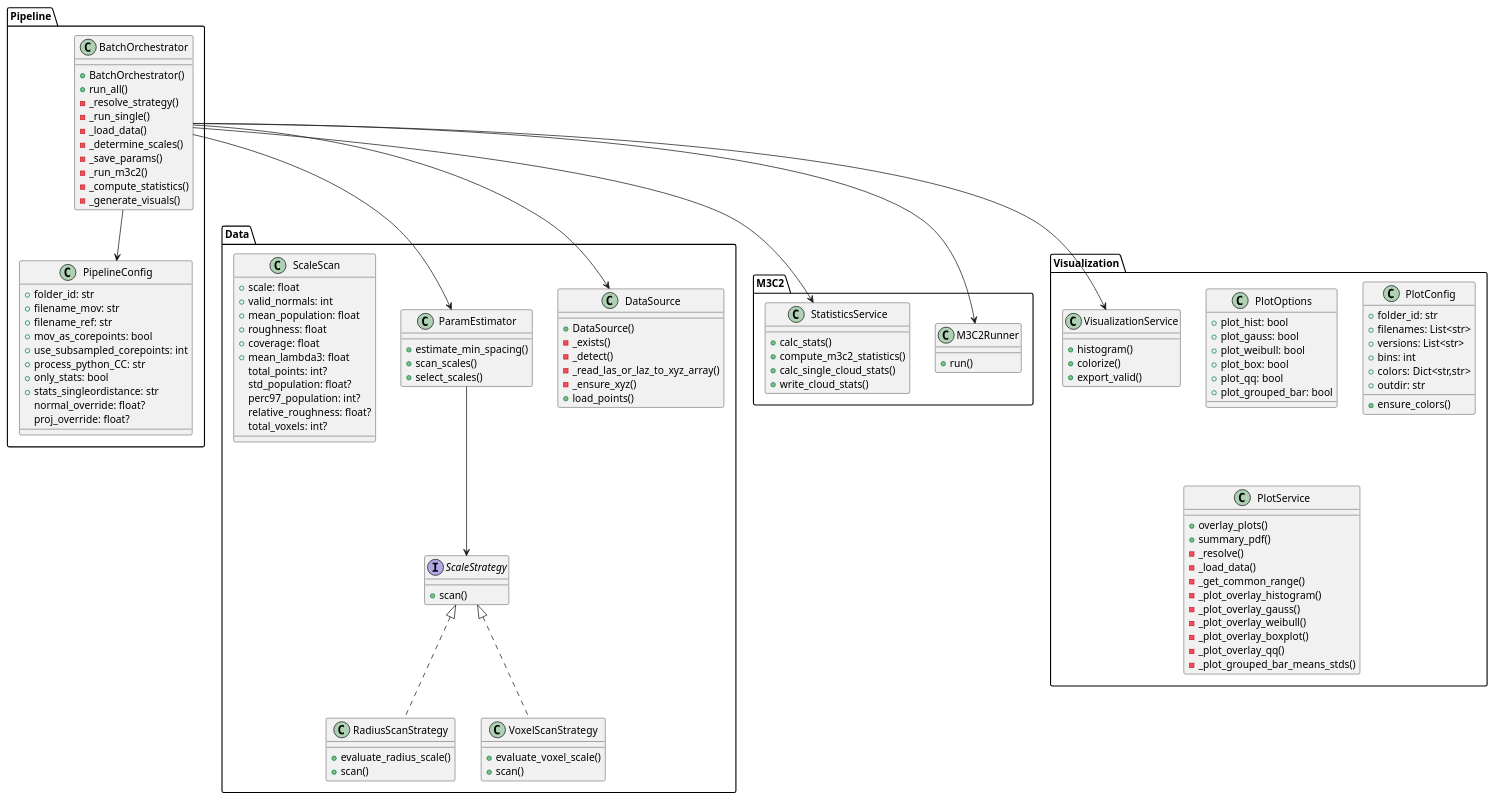
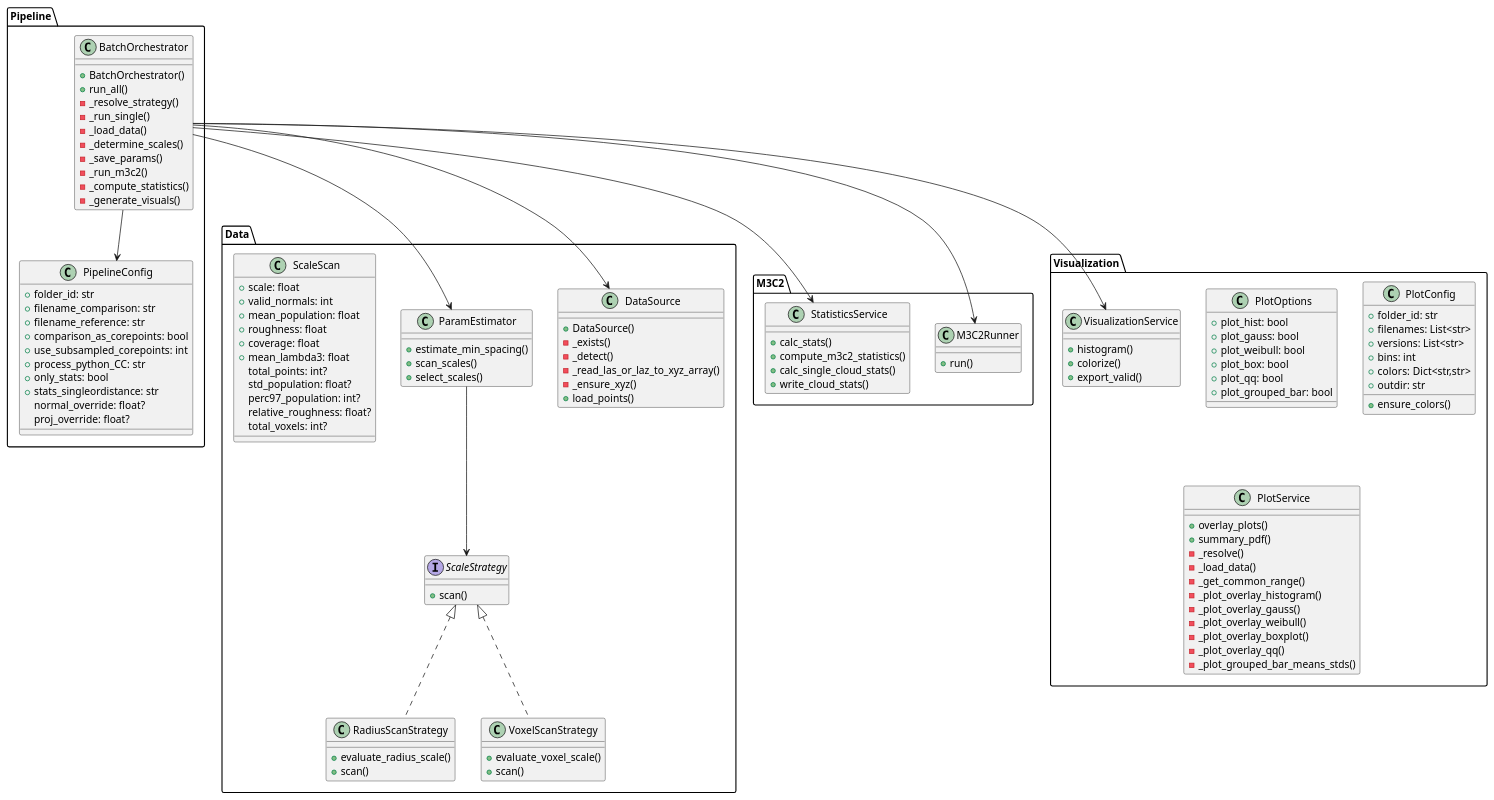
One commit to sigi-campus02/M3C2 changed the diagram in docu/uml/uml.md. Above: the diagram before and after it, drawn with PlantUML. The commit also changed 50 other files, not shown here.

```diff
--- a/docu/uml/uml.md
+++ b/docu/uml/uml.md
@@ -5,9 +5,9 @@
 package "Pipeline" {
   class PipelineConfig {
     +folder_id: str
-    +filename_mov: str
-    +filename_ref: str
-    +mov_as_corepoints: bool
+    +filename_comparison: str
+    +filename_reference: str
+    +comparison_as_corepoints: bool
     +use_subsampled_corepoints: int
     +process_python_CC: str
     +only_stats: bool
```
